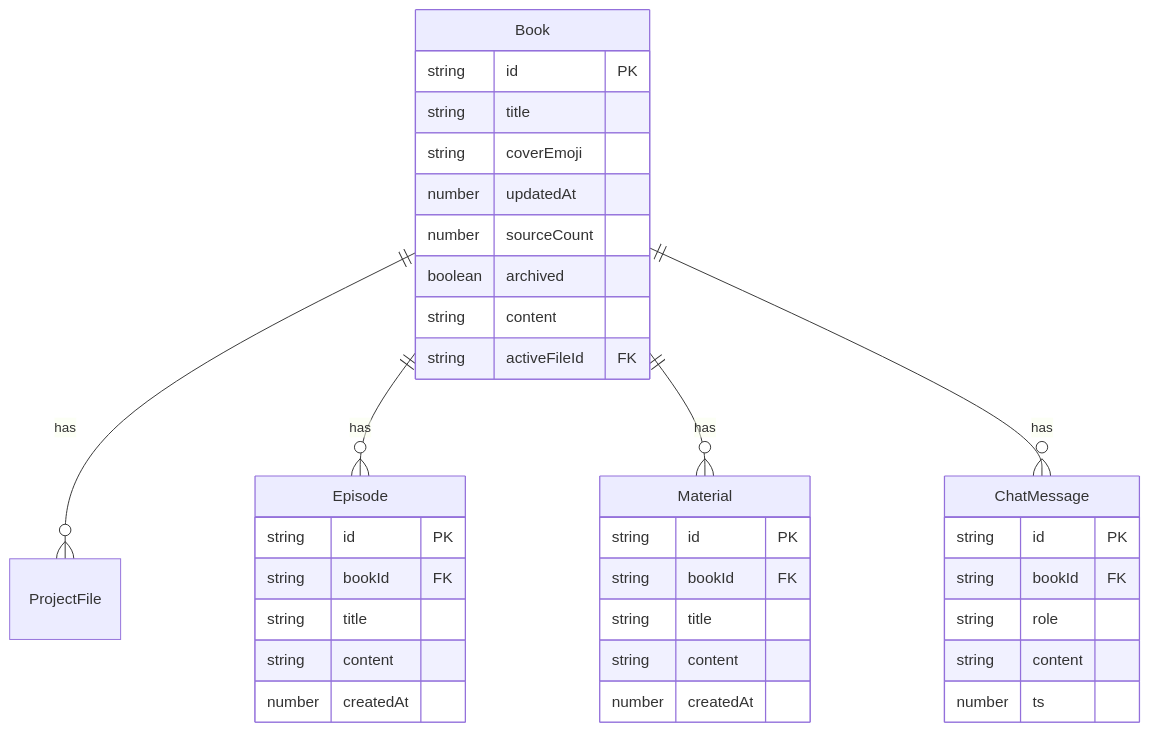
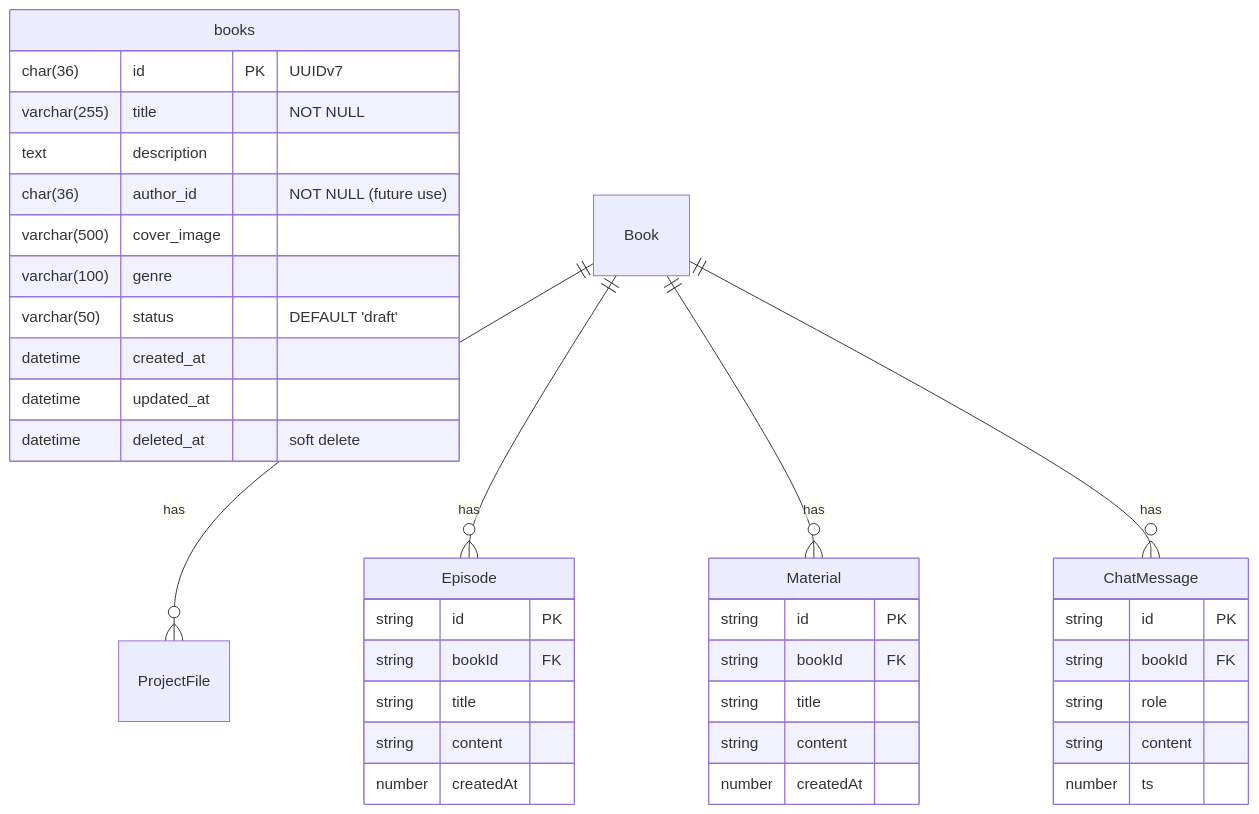
The diagram in er_diagram.md (ray03j/openapi-challecara), drawn with Mermaid before and after one commit.

Commit message:
fix: Book ER diagram

````diff
--- a/er_diagram.md
+++ b/er_diagram.md
@@ -1,43 +1,45 @@
 ```mermaid
 erDiagram
-    Book {
-        string id PK
-        string title
-        string coverEmoji
-        number updatedAt
-        number sourceCount
-        boolean archived
-        string content
-        string activeFileId FK
+    books {
+        char(36) id PK "UUIDv7"
+        varchar(255) title "NOT NULL"
+        text description
+        char(36) author_id "NOT NULL (future use)"
+        varchar(500) cover_image
+        varchar(100) genre
+        varchar(50) status "DEFAULT 'draft'"
+        datetime created_at
+        datetime updated_at
+        datetime deleted_at "soft delete"
     }
 
     Episode {
         string id PK
         string bookId FK
         string title
         string content
         number createdAt
     }
 
     Material {
         string id PK
         string bookId FK
         string title
         string content
         number createdAt
     }
 
     ChatMessage {
         string id PK
         string bookId FK
         string role
         string content
         number ts
     }
 
     Book ||--o{ ProjectFile : has
     Book ||--o{ Episode : has
     Book ||--o{ Material : has
     Book ||--o{ ChatMessage : has
 
 ```
````
